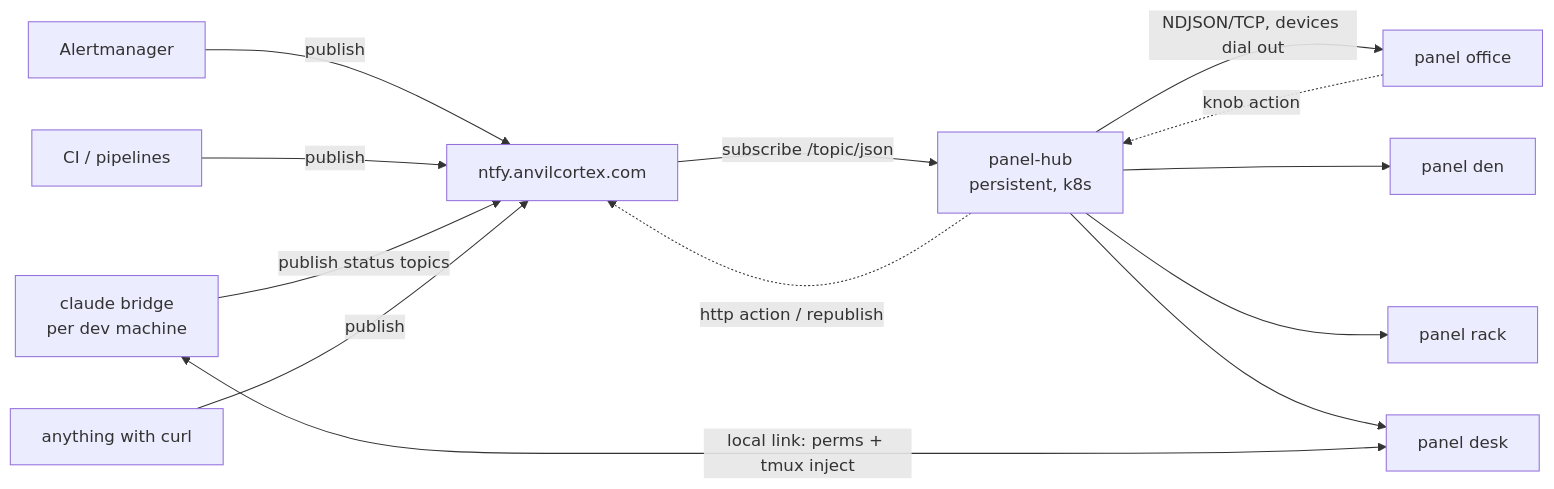
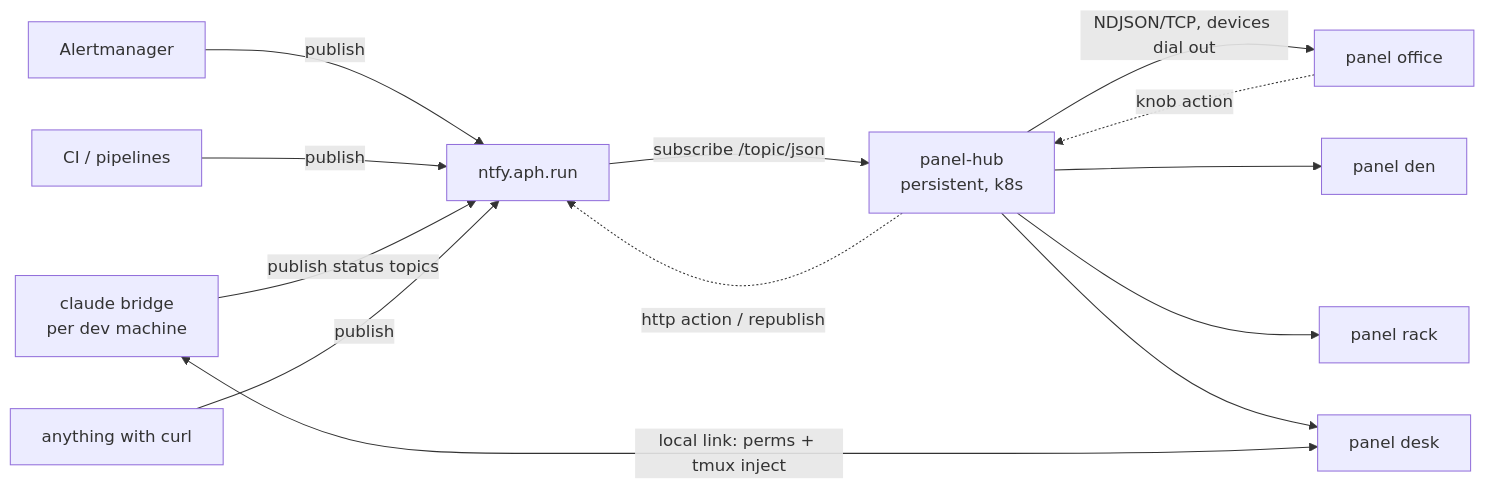
Before and after one commit to AnvilCortex/claudepanel: the diagram in docs/ntfy-integration.md, drawn with Mermaid. The commit also changed other lines of this file and 15 other files, not shown here.

````diff
--- a/docs/ntfy-integration.md
+++ b/docs/ntfy-integration.md
@@ -8,15 +8,15 @@
 ```mermaid
 flowchart LR
-  AM[Alertmanager] -->|publish| N[ntfy.anvilcortex.com]
+  AM[Alertmanager] -->|publish| N[ntfy.aph.run]
   CI[CI / pipelines] -->|publish| N
   CC[claude bridge<br/>per dev machine] -->|publish status topics| N
   APP[anything with curl] -->|publish| N
   N -->|subscribe /topic/json| H[panel-hub<br/>persistent, k8s]
   H -->|NDJSON/TCP, devices dial out| D1[panel office]
   H --> D2[panel den]
   H --> D3[panel rack]
   H --> D4[panel desk]
   D1 -.->|knob action| H
   H -.->|http action / republish| N
   CC <-->|local link: perms + tmux inject| D4
 ```
````
